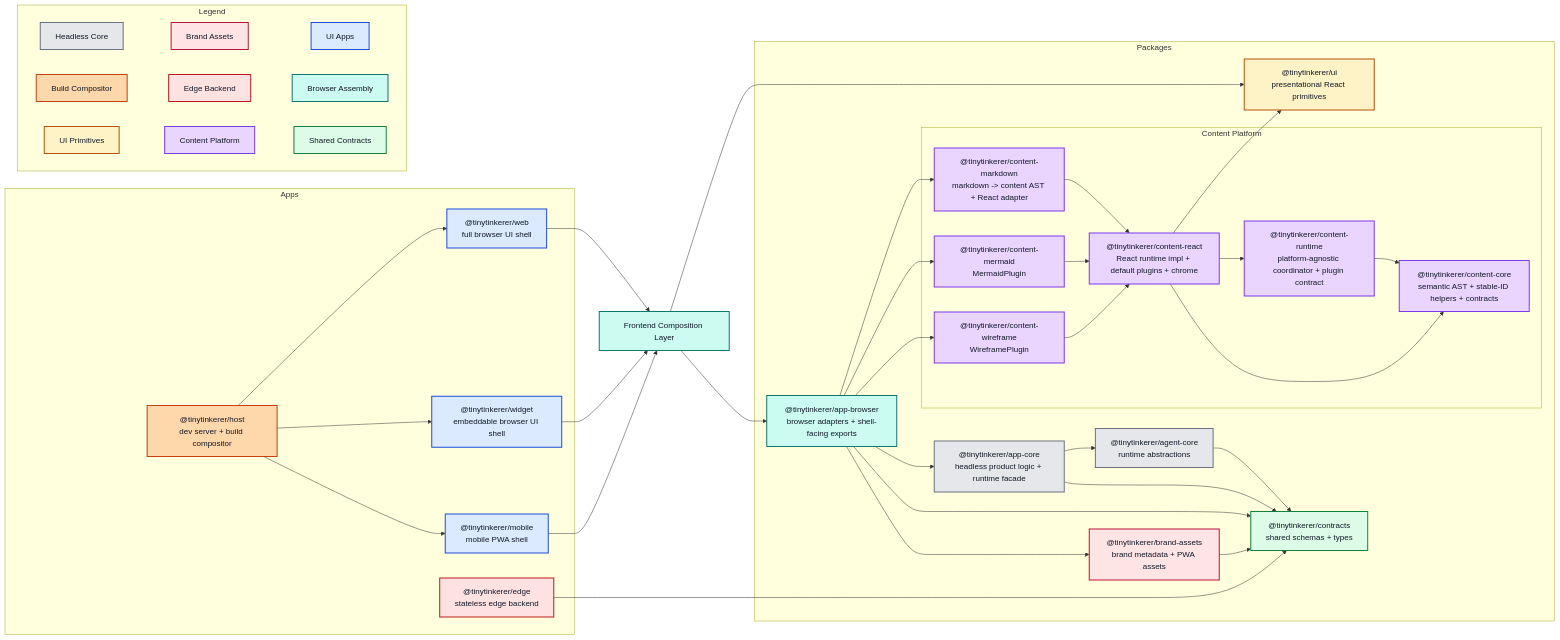
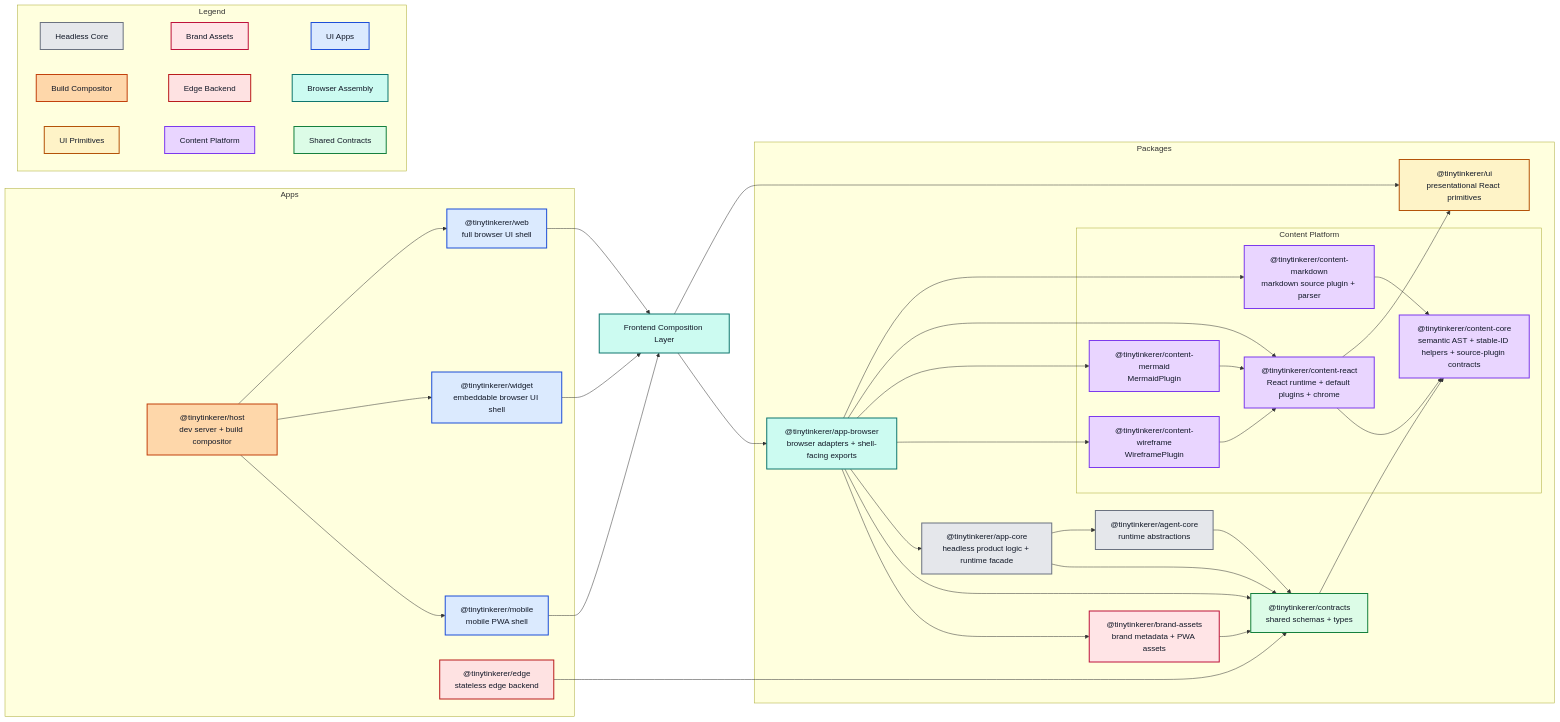
The diagram in docs/ARCHITECTURE.md (NNTin/tinytinkerer), drawn with Mermaid before and after one commit. The commit also changed other lines of this file and 31 other files, not shown here.

```diff
--- a/docs/ARCHITECTURE.md
+++ b/docs/ARCHITECTURE.md
@@ -53,10 +53,9 @@
     ui["@tinytinkerer/ui<br/>presentational React primitives"]
 
     subgraph ContentPlatform["Content Platform"]
-      contentcore["@tinytinkerer/content-core<br/>semantic AST + stable-ID helpers + contracts"]
-      contentruntime["@tinytinkerer/content-runtime<br/>platform-agnostic coordinator + plugin contract"]
-      contentmarkdown["@tinytinkerer/content-markdown<br/>markdown -> content AST + React adapter"]
-      contentreact["@tinytinkerer/content-react<br/>React runtime impl + default plugins + chrome"]
+      contentcore["@tinytinkerer/content-core<br/>semantic AST + stable-ID helpers + source-plugin contracts"]
+      contentmarkdown["@tinytinkerer/content-markdown<br/>markdown source plugin + parser"]
+      contentreact["@tinytinkerer/content-react<br/>React runtime + default plugins + chrome"]
       contentmermaid["@tinytinkerer/content-mermaid<br/>MermaidPlugin"]
       contentwireframe["@tinytinkerer/content-wireframe<br/>WireframePlugin"]
     end
@@ -78,24 +77,23 @@
   appcore --> contracts
 
   appbrowser --> contentmarkdown
+  appbrowser --> contentreact
   appbrowser --> contentmermaid
   appbrowser --> contentwireframe
   appbrowser --> appcore
   appbrowser --> contracts
   appbrowser --> brand
 
-  contentruntime --> contentcore
-
   contentreact --> ui
-  contentreact --> contentruntime
   contentreact --> contentcore
 
-  contentmarkdown --> contentreact
+  contentmarkdown --> contentcore
   contentmermaid --> contentreact
   contentwireframe --> contentreact
 
   agent --> contracts
   brand --> contracts
+  contracts --> contentcore
 
   subgraph Legend
     direction LR
@@ -129,7 +127,7 @@
   class edge,legendEdge edgeApp;
   class common,appbrowser,legendBrowser browserAssembly;
   class ui,legendUi uiPrimitives;
-  class contentcore,contentruntime,contentmarkdown,contentreact,contentmermaid,contentwireframe,legendFeature sharedFeature;
+  class contentcore,contentmarkdown,contentreact,contentmermaid,contentwireframe,legendFeature sharedFeature;
   class contracts,legendContracts contractsLayer;
   class agent,appcore,legendCore coreLayer;
   class brand,legendBrand brandLayer;
```
